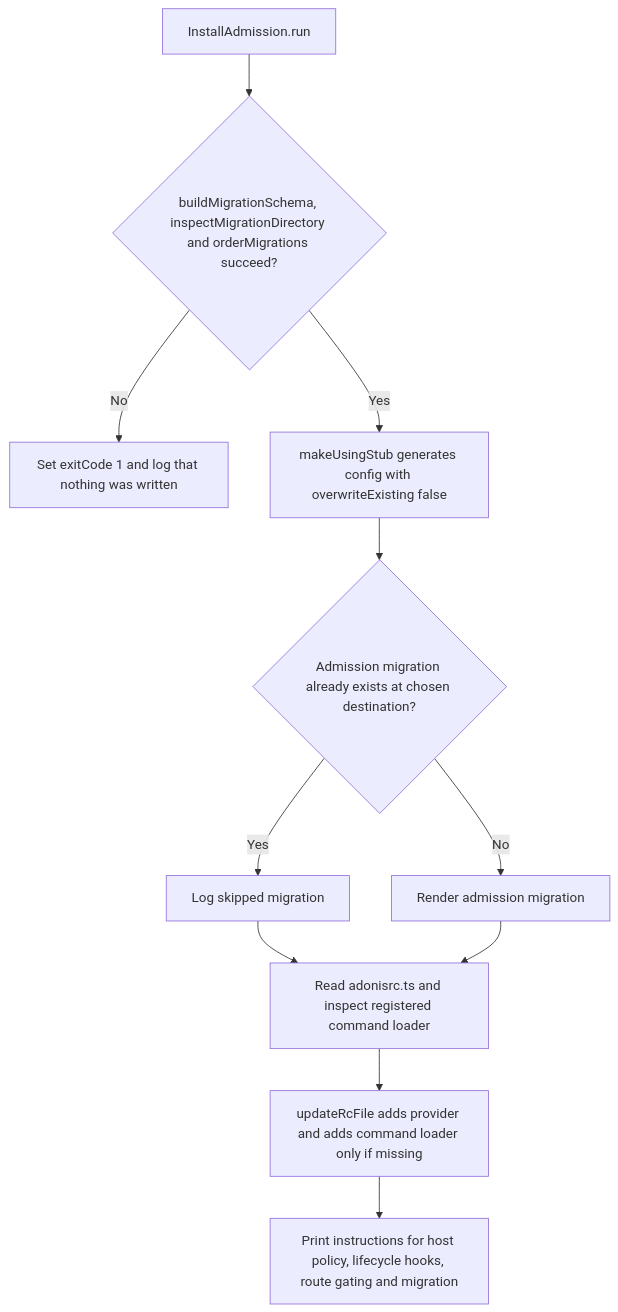
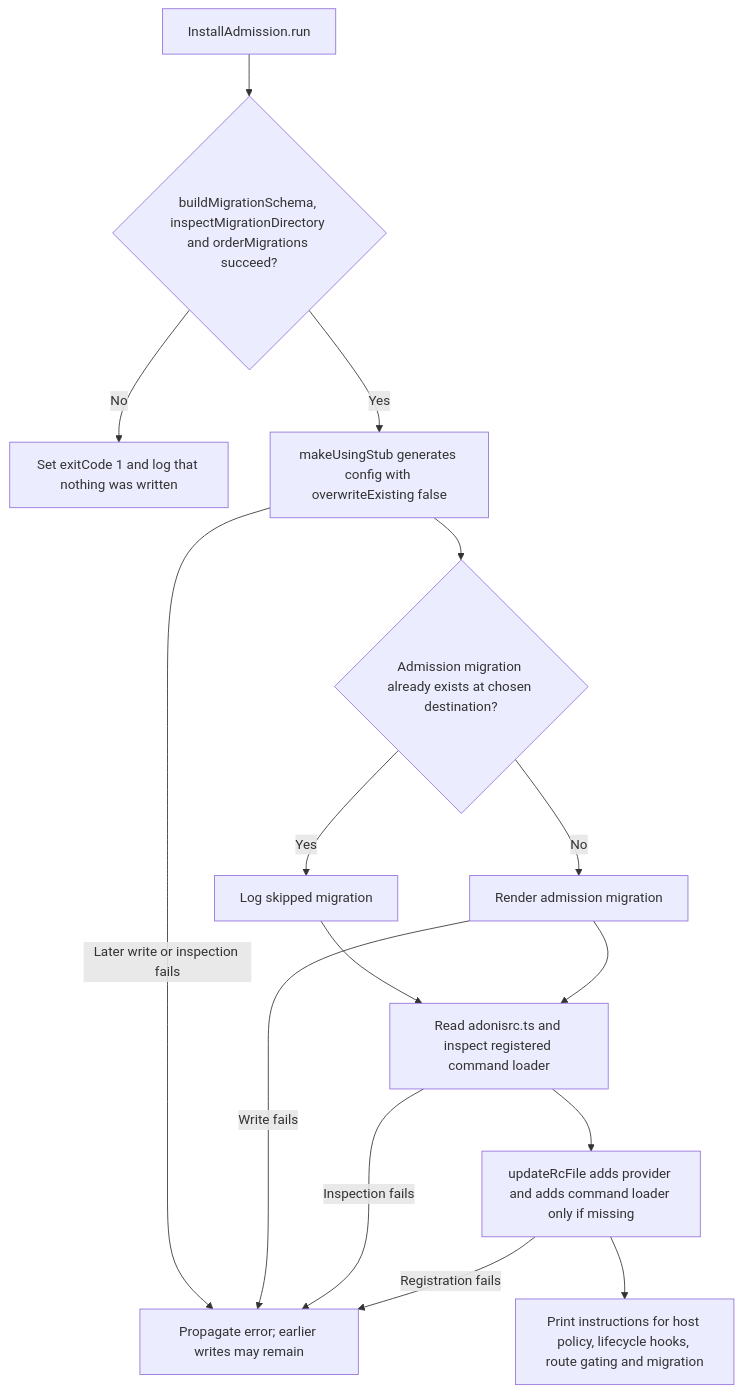
Before and after one commit to Kevinjohn/oss-adonisjs-account-kit: the second of 2 diagrams in user-stories/US-ACCOUNT-28-install-admission.md, drawn with Mermaid. The commit also changed other lines of this file and 42 other files, not shown here.

````diff
--- a/user-stories/US-ACCOUNT-28-install-admission.md
+++ b/user-stories/US-ACCOUNT-28-install-admission.md
@@ -33,13 +35,17 @@
 ```mermaid
 flowchart TD
  A["InstallAdmission.run"] --> B{"buildMigrationSchema, inspectMigrationDirectory and orderMigrations succeed?"}
  B -->|No| C["Set exitCode 1 and log that nothing was written"]
  B -->|Yes| D["makeUsingStub generates config with overwriteExisting false"]
  D --> E{"Admission migration already exists at chosen destination?"}
  E -->|Yes| F["Log skipped migration"]
  E -->|No| G["Render admission migration"]
  F --> H["Read adonisrc.ts and inspect registered command loader"]
  G --> H
+ D -->|Later write or inspection fails| X["Propagate error; earlier writes may remain"]
+ G -->|Write fails| X
+ H -->|Inspection fails| X
+ I -->|Registration fails| X
  H --> I["updateRcFile adds provider and adds command loader only if missing"]
  I --> J["Print instructions for host policy, lifecycle hooks, route gating and migration"]
 ```
````
